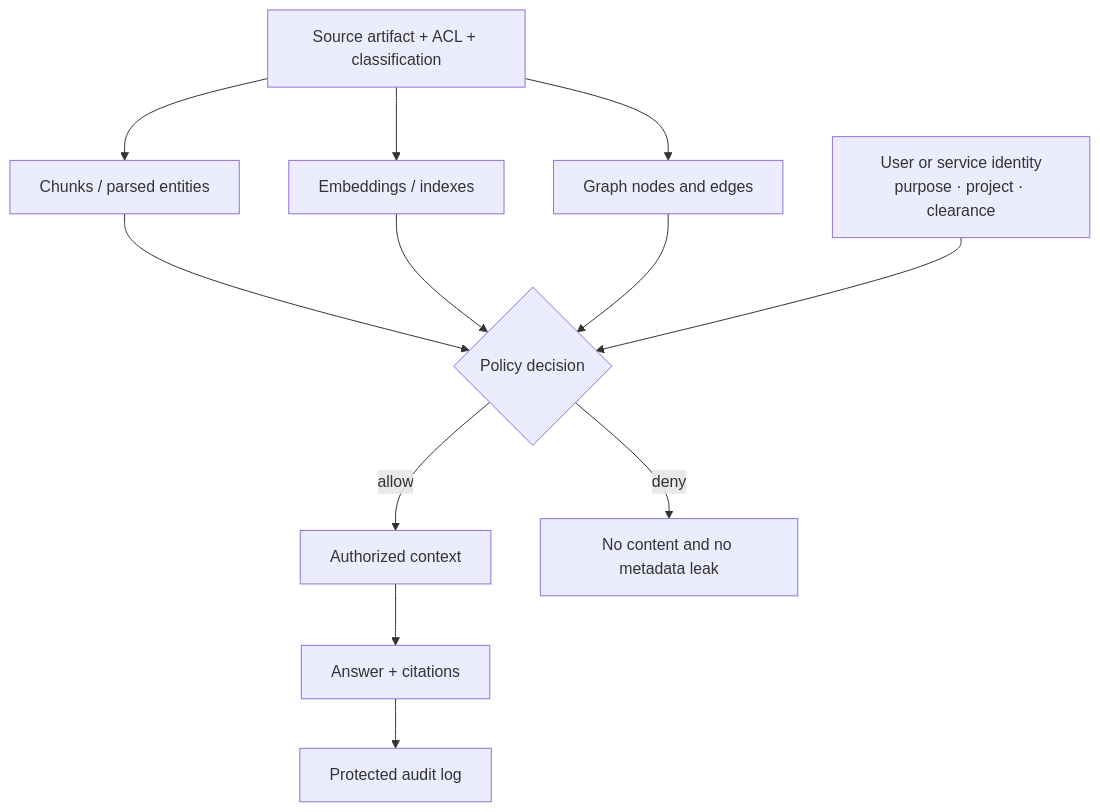
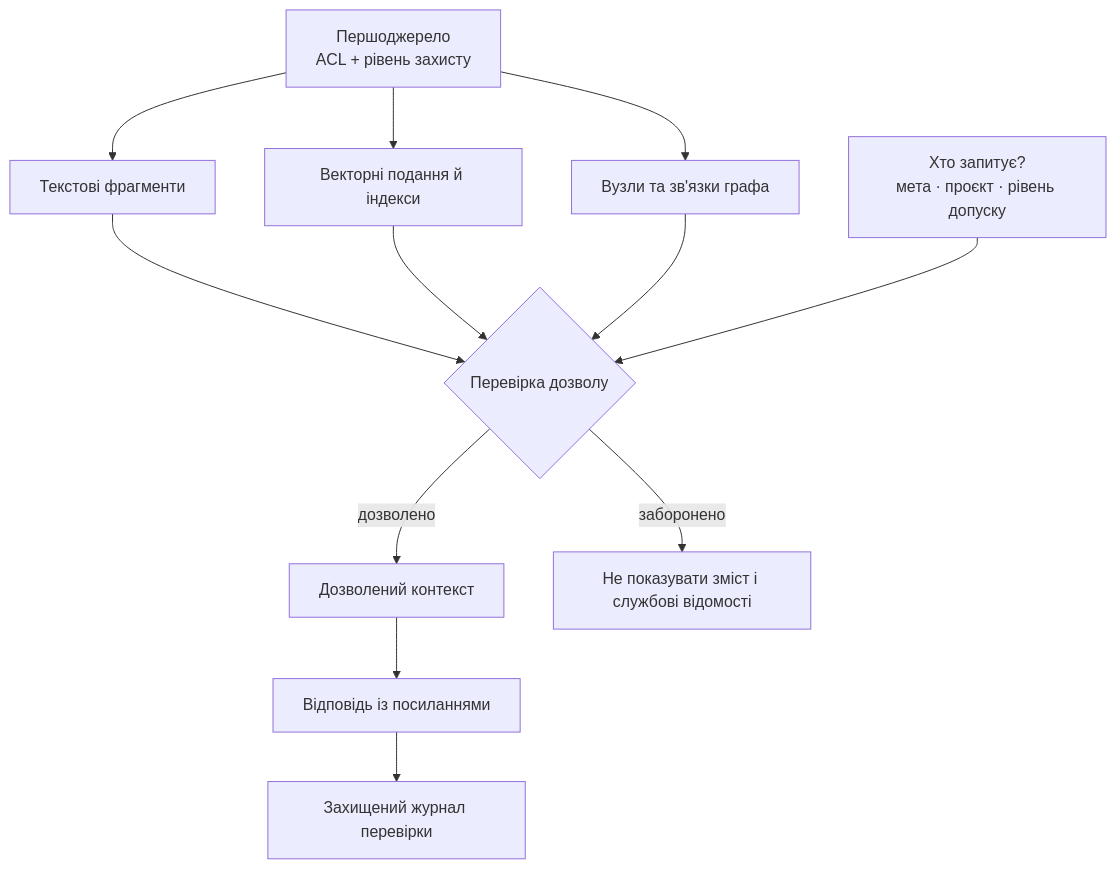
Before and after one commit to nick-fedchik/articles: the fourth of 5 diagrams in ExpertSystem/01-Expert-Systems-for-RD.md, drawn with Mermaid. The commit also changed other lines of this file, not shown here.

````diff
--- a/ExpertSystem/01-Expert-Systems-for-RD.md
+++ b/ExpertSystem/01-Expert-Systems-for-RD.md
@@ -373,17 +543,17 @@
 ```mermaid
 flowchart TD
     accTitle: Перевірка доступу до знань і похідних подань
     accDescr: Політика джерела поширюється на текстові фрагменти, вектори, графові зв'язки, відповіді та журнали.
 
-    SRC["Source artifact + ACL + classification"] --> CH["Chunks / parsed entities"]
-    SRC --> VE["Embeddings / indexes"]
-    SRC --> GE["Graph nodes and edges"]
-    CH --> DEC{"Policy decision"}
+    SRC["Першоджерело<br>ACL + рівень захисту"] --> CH["Текстові фрагменти"]
+    SRC --> VE["Векторні подання й індекси"]
+    SRC --> GE["Вузли та зв'язки графа"]
+    CH --> DEC{"Перевірка дозволу"}
     VE --> DEC
     GE --> DEC
-    ID["User or service identity<br>purpose · project · clearance"] --> DEC
-    DEC -->|"allow"| CTX["Authorized context"]
-    DEC -->|"deny"| DENY["No content and no metadata leak"]
-    CTX --> ANS["Answer + citations"]
-    ANS --> LOG["Protected audit log"]
+    ID["Хто запитує?<br>мета · проєкт · рівень допуску"] --> DEC
+    DEC -->|"дозволено"| CTX["Дозволений контекст"]
+    DEC -->|"заборонено"| DENY["Не показувати зміст і службові відомості"]
+    CTX --> ANS["Відповідь із посиланнями"]
+    ANS --> LOG["Захищений журнал перевірки"]
 ```
````
